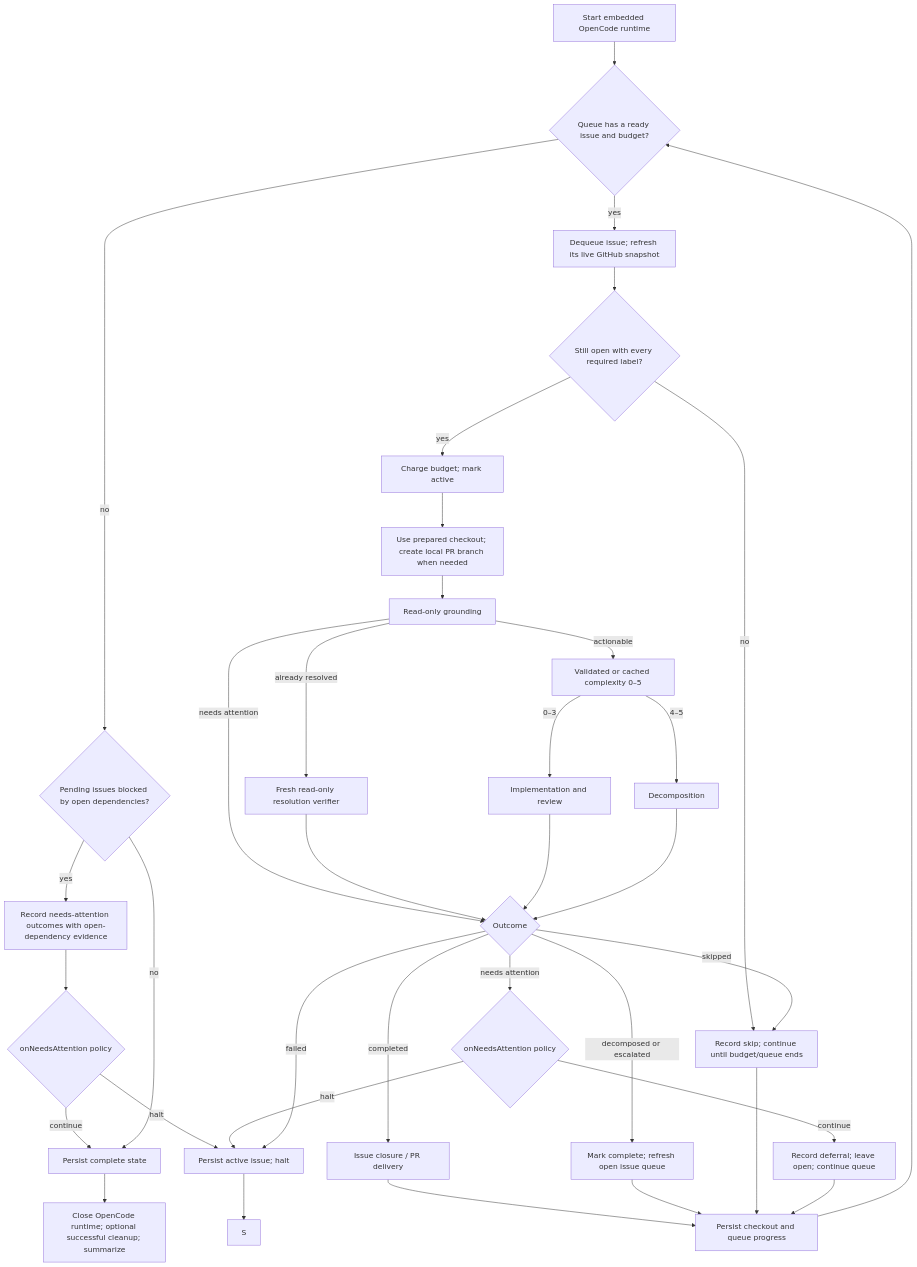
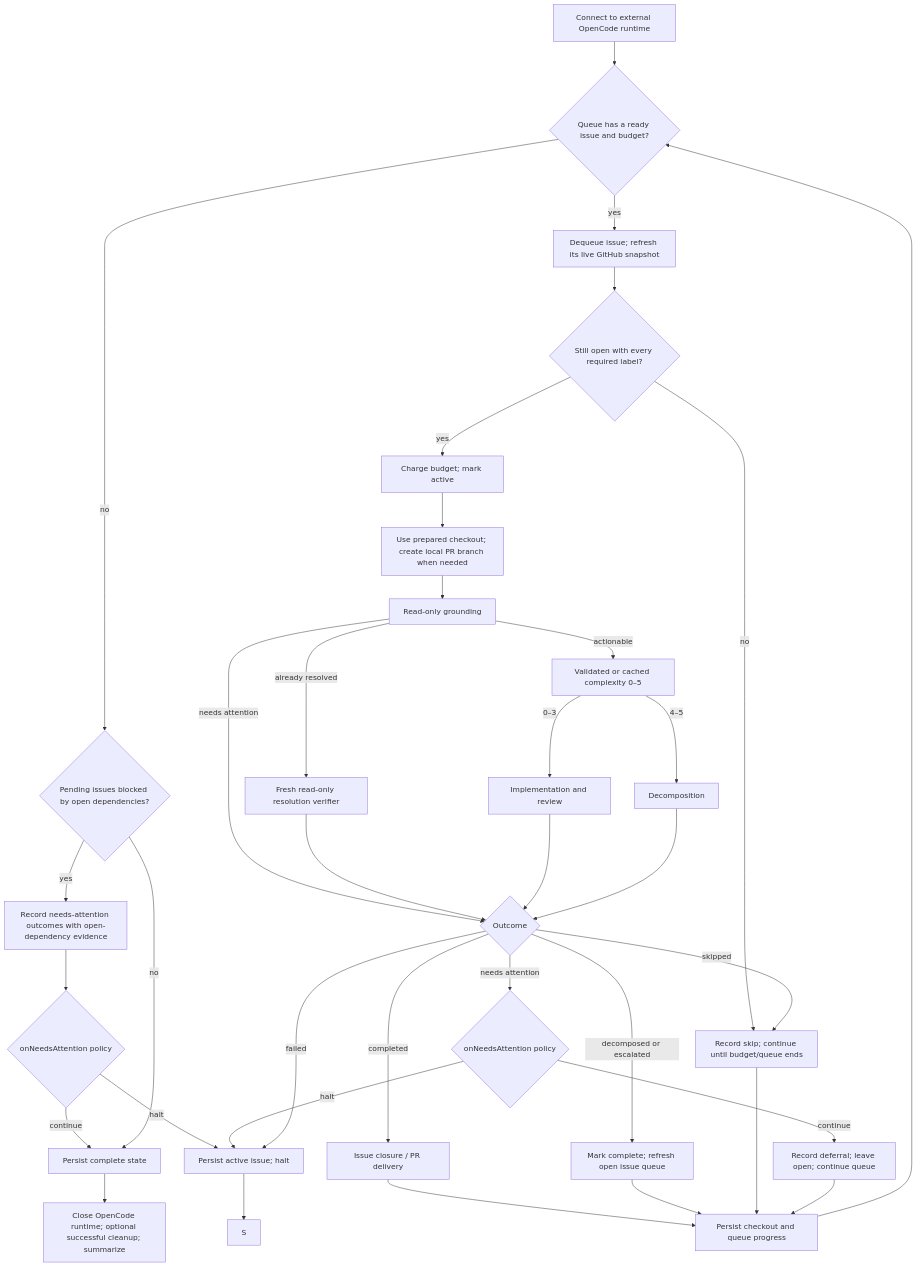
The second of 7 diagrams in docs/end-to-end-execution.md (beremaran/ralphie), drawn with Mermaid before and after one commit. The commit also changed other lines of this file and 12 other files, not shown here.

Commit message:
docs: align OpenCode documentation and metadata

````diff
--- a/docs/end-to-end-execution.md
+++ b/docs/end-to-end-execution.md
@@ -132,38 +132,38 @@
 ```mermaid
 flowchart TD
-    A["Start embedded OpenCode runtime"] --> B{"Queue has a ready issue and budget?"}
+    A["Connect to external OpenCode runtime"] --> B{"Queue has a ready issue and budget?"}
     B -->|no| C{"Pending issues blocked by open dependencies?"}
     C -->|yes| R2["Record needs-attention outcomes with open-dependency evidence"]
     R2 --> Q2{"onNeedsAttention policy"}
     Q2 -->|continue| E
     Q2 -->|halt| N
     C -->|no| E["Persist complete state"]
     B -->|yes| F["Dequeue issue; refresh its live GitHub snapshot"]
     F --> T{"Still open with every required label?"}
     T -->|no| M["Record durable skip; complete queue item"]
     T -->|yes| G["Charge budget; mark active"]
     G --> H["Use prepared checkout; create local PR branch when needed"]
     H --> I["Read-only grounding"]
     I -->|actionable| U["Validated or cached complexity 0–5"]
     I -->|already resolved| V["Fresh read-only resolution verifier"]
     I -->|needs attention| J{"Outcome"}
     U -->|0–3| W["Implementation and review"]
     U -->|4–5| X["Decomposition"]
     V --> J
     W --> J
     X --> J
     J -->|completed| K["Issue closure / PR delivery"]
     J -->|decomposed or escalated| L["Mark complete; refresh open issue queue"]
     J -->|skipped| M["Record skip; continue until budget/queue ends"]
     J -->|needs attention| Q{"onNeedsAttention policy"}
     Q -->|continue| P["Record deferral; leave open; continue queue"]
     Q -->|halt| N["Persist active issue; handled stop"]
     J -->|failed| N["Persist active issue; halt"]
     K --> O["Persist checkout and queue progress"]
     L --> O
     M --> O
     P --> O
     O --> B
     E --> R["Close OpenCode runtime; optional successful cleanup; summarize"]
     N --> S
 ```
````
